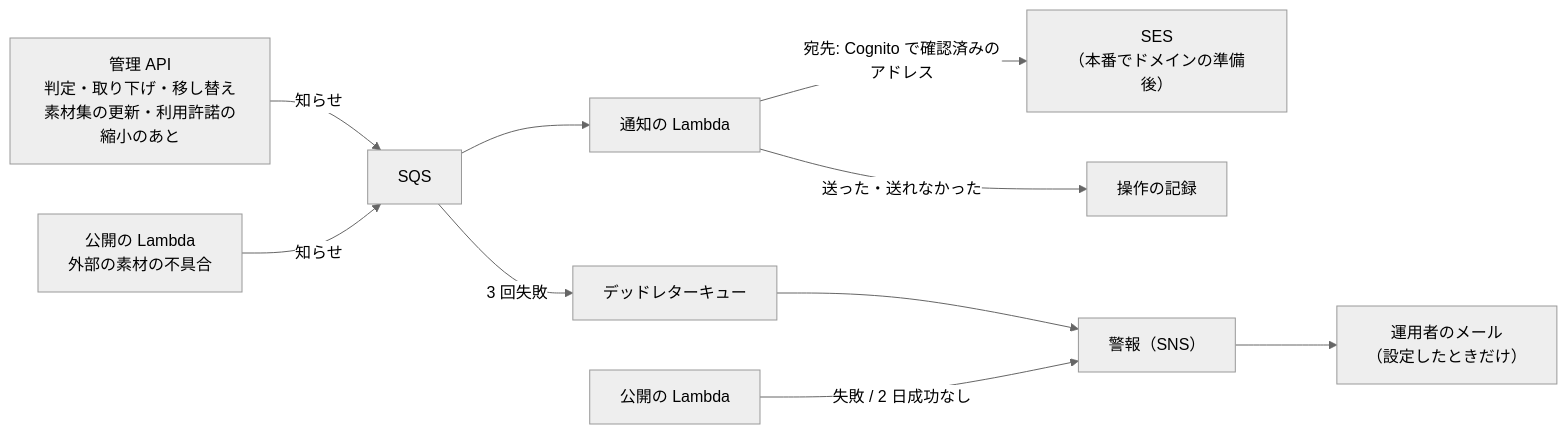
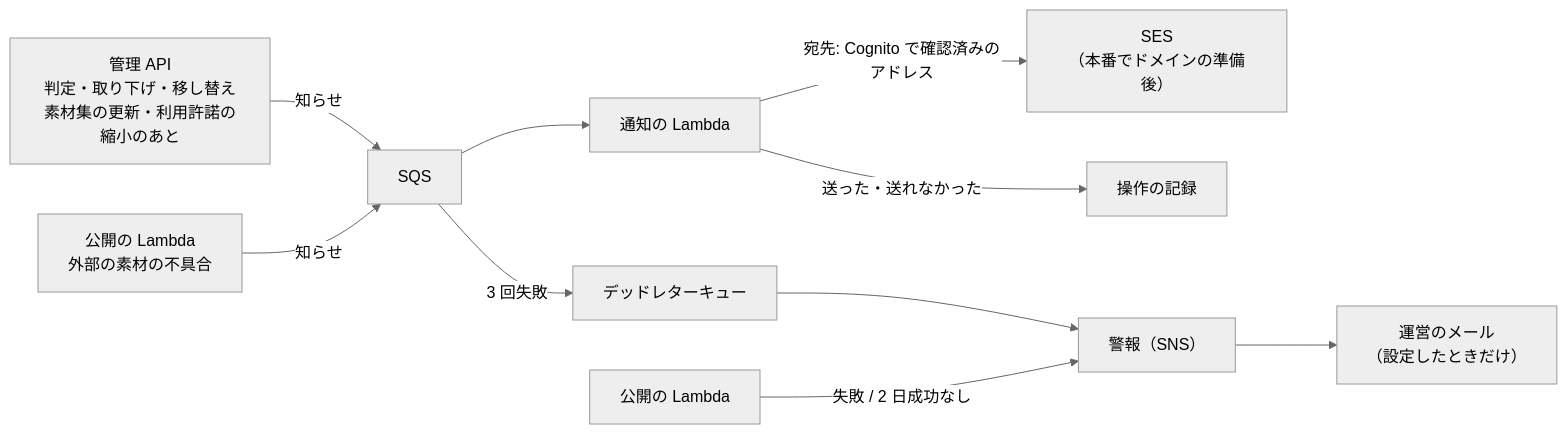
Before and after one commit to duwenji/michizure-console: the seventh of 7 diagrams in docs/architecture.md, drawn with Mermaid (neutral theme). The commit also changed other lines of this file and 42 other files, not shown here.

````diff
--- a/docs/architecture.md
+++ b/docs/architecture.md
@@ -235,12 +235,12 @@
 ```mermaid
 flowchart LR
   API["管理 API<br/>判定・取り下げ・移し替え<br/>素材集の更新・利用許諾の縮小のあと"] -->|知らせ| Q["SQS"]
   PF0["公開の Lambda<br/>外部の素材の不具合"] -->|知らせ| Q
   Q --> N["通知の Lambda"]
   N -->|宛先: Cognito で確認済みのアドレス| SES["SES<br/>（本番でドメインの準備後）"]
   N -->|送った・送れなかった| AUD["操作の記録"]
   Q -->|3 回失敗| DLQ["デッドレターキュー"]
   DLQ --> AL["警報（SNS）"]
   PF["公開の Lambda"] -->|失敗 / 2 日成功なし| AL
-  AL --> MAIL["運用者のメール<br/>（設定したときだけ）"]
+  AL --> MAIL["運営のメール<br/>（設定したときだけ）"]
 ```
````
